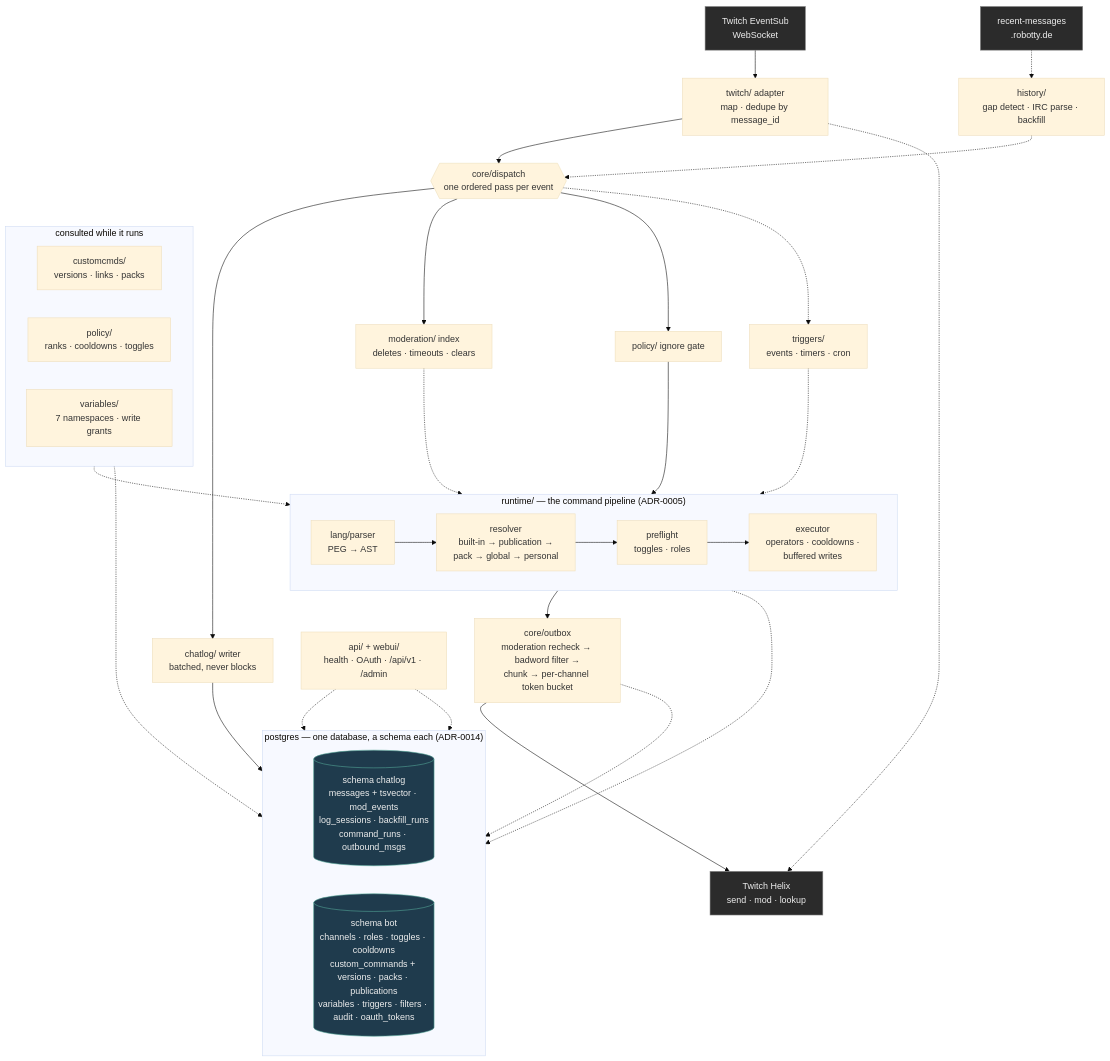
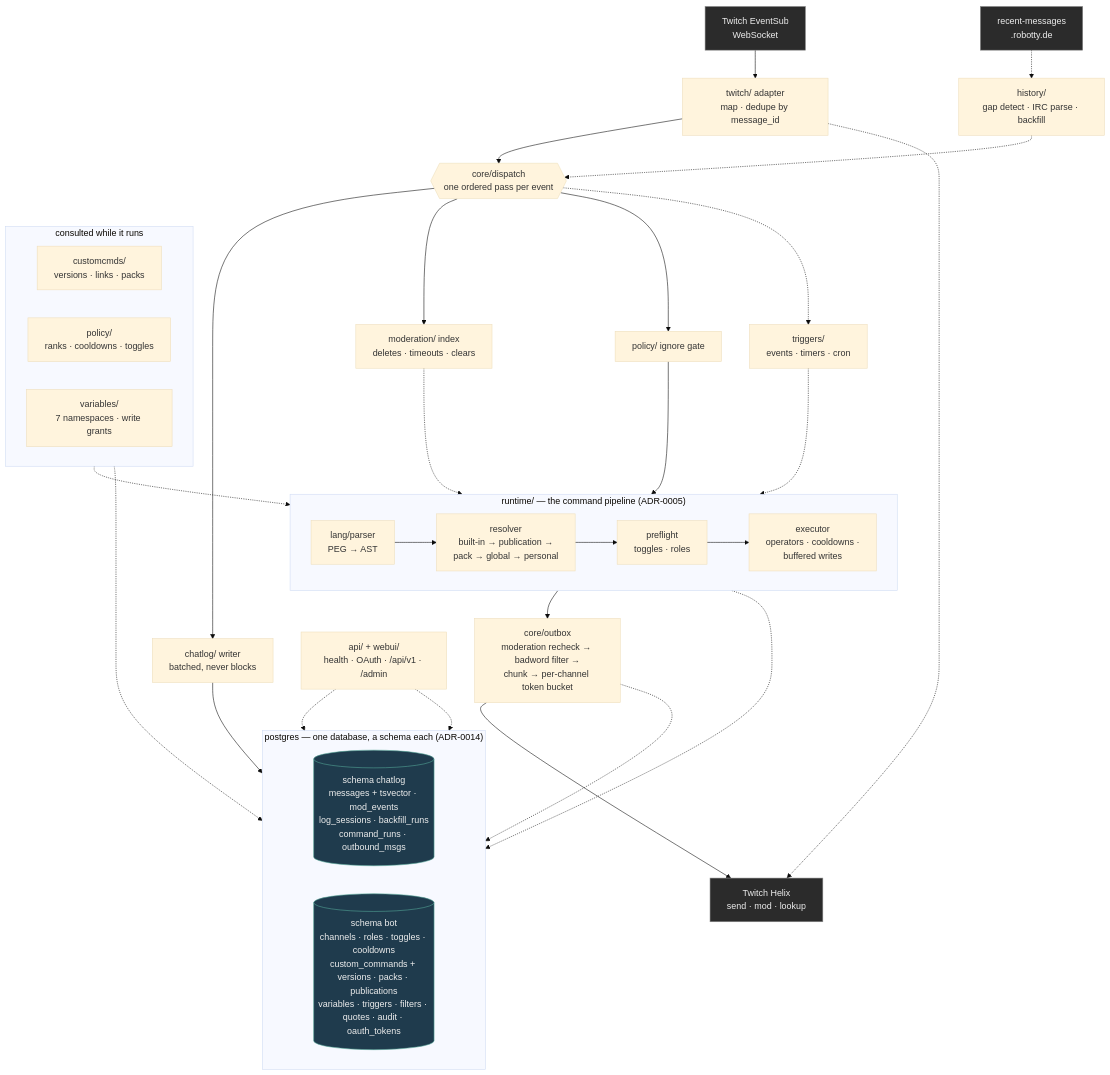
Before and after one commit to vEXOULZ/doomtp-bot: the first of 2 diagrams in docs/architecture.md, drawn with Mermaid (base theme). The commit also changed other lines of this file and 1 other file, not shown here.

````diff
--- a/docs/architecture.md
+++ b/docs/architecture.md
@@ -83,56 +83,56 @@
 ```mermaid
 flowchart TB
     classDef ext fill:#2b2b2b,stroke:#888,color:#eee
     classDef store fill:#1f3b4d,stroke:#5a9,color:#eee
 
     ES["Twitch EventSub<br/>WebSocket"]:::ext
     RM["recent-messages<br/>.robotty.de"]:::ext
 
     ES --> ADP["twitch/ adapter<br/>map · dedupe by message_id"]
     RM -.-> HIST["history/<br/>gap detect · IRC parse · backfill"]
 
     ADP --> DISP{{"core/dispatch<br/>one ordered pass per event"}}
     HIST -.-> DISP
 
     DISP --> LOG["chatlog/ writer<br/>batched, never blocks"]
     DISP --> MOD["moderation/ index<br/>deletes · timeouts · clears"]
     DISP --> IGN["policy/ ignore gate"]
     DISP -.-> TRG["triggers/<br/>events · timers · cron"]
 
     IGN --> RT
     TRG -.-> RT
 
     subgraph RT["runtime/ — the command pipeline (ADR-0005)"]
         direction LR
         PARSE["lang/parser<br/>PEG → AST"] --> RES["resolver<br/>built-in → publication →<br/>pack → global → personal"]
         RES --> PRE["preflight<br/>toggles · roles"]
         PRE --> EXEC["executor<br/>operators · cooldowns ·<br/>buffered writes"]
     end
 
     subgraph SVC["consulted while it runs"]
         direction LR
         CC["customcmds/<br/>versions · links · packs"]
         POL["policy/<br/>ranks · cooldowns · toggles"]
         VAR["variables/<br/>7 namespaces · write grants"]
     end
 
     SVC -.-> RT
     MOD -.-> RT
 
     RT --> OUT["core/outbox<br/>moderation recheck → badword filter →<br/>chunk → per-channel token bucket"]
     OUT --> HX["Twitch Helix<br/>send · mod · lookup"]:::ext
     ADP -.-> HX
 
     LOG --> CHAT
     OUT -.-> CHAT
     RT -.-> CHAT
     SVC -.-> BOT
     API["api/ + webui/<br/>health · OAuth · /api/v1 · /admin"] -.-> BOT
     API -.-> CHAT
 
     subgraph DATA["postgres — one database, a schema each (ADR-0014)"]
         direction LR
-        BOT[("schema bot<br/>channels · roles · toggles · cooldowns<br/>custom_commands + versions · packs · publications<br/>variables · triggers · filters · audit · oauth_tokens")]:::store
+        BOT[("schema bot<br/>channels · roles · toggles · cooldowns<br/>custom_commands + versions · packs · publications<br/>variables · triggers · filters · quotes · audit · oauth_tokens")]:::store
         CHAT[("schema chatlog<br/>messages + tsvector · mod_events<br/>log_sessions · backfill_runs<br/>command_runs · outbound_msgs")]:::store
     end
 ```
````
